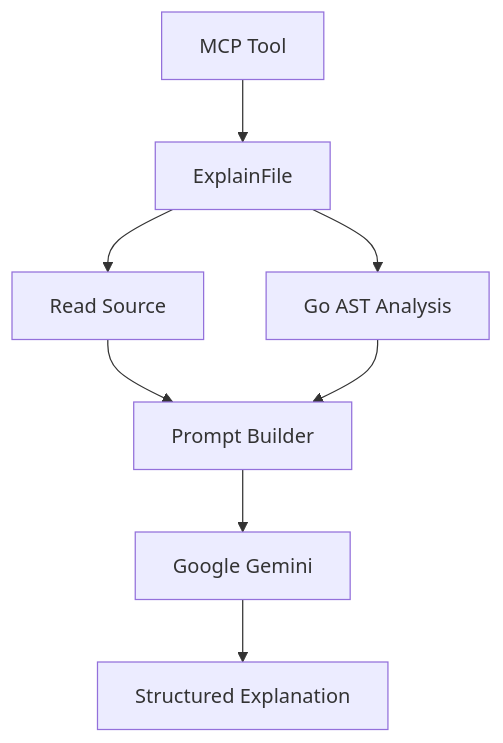
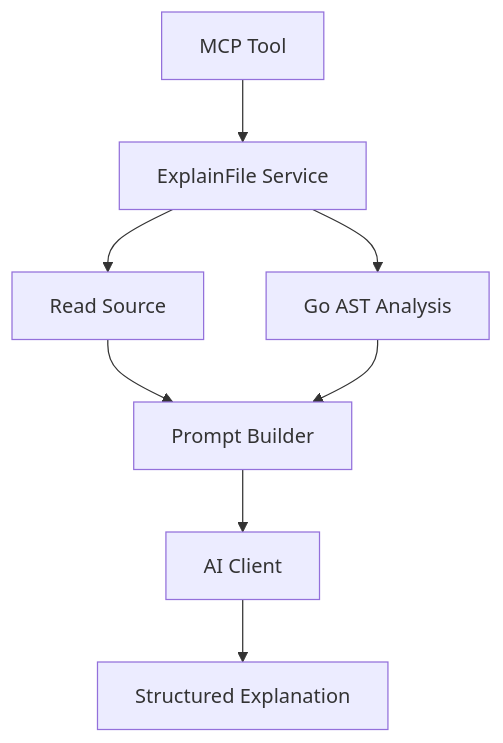
The first of 2 diagrams in README.md (MohanRaj-1/jarvis), drawn with Mermaid before and after one commit. The commit also changed other lines of this file, not shown here.

````diff
--- a/README.md
+++ b/README.md
@@ -56,10 +113,10 @@
 ```mermaid
 graph TD
-A[MCP Tool] --> B[ExplainFile]
+A[MCP Tool] --> B[ExplainFile Service]
 B --> C[Read Source]
 B --> D[Go AST Analysis]
 C --> E[Prompt Builder]
 D --> E
-E --> F[Google Gemini]
+E --> F[AI Client]
 F --> G[Structured Explanation]
 ```
````
